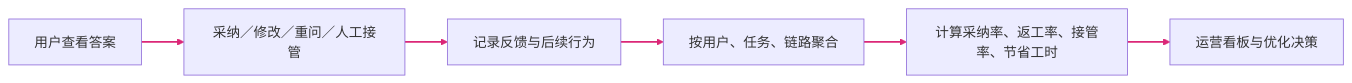
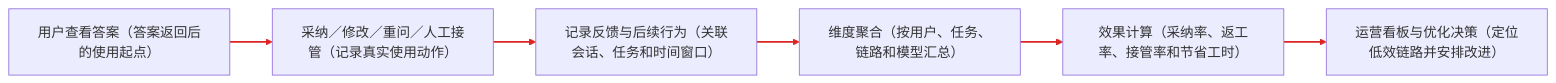
Before and after one commit to monstereatai/RAG: diagram 20 of 37 in docs/interview/功能步骤流程.md, drawn with Mermaid. The commit also changed other lines of this file and 21 other files, not shown here.

````diff
--- a/docs/interview/功能步骤流程.md
+++ b/docs/interview/功能步骤流程.md
@@ -1742,9 +2063,9 @@
 ```mermaid
 flowchart LR
-A[用户查看答案] --> B[采纳／修改／重问／人工接管]
-  B --> C[记录反馈与后续行为]
-  C --> D[按用户、任务、链路聚合]
-  D --> E[计算采纳率、返工率、接管率、节省工时]
-  E --> F[运营看板与优化决策]
-  linkStyle 0,1,2,3,4 stroke:#db2777,stroke-width:2px
+ A[用户查看答案（答案返回后的使用起点）] --> B[采纳／修改／重问／人工接管（记录真实使用动作）]
+  B --> C[记录反馈与后续行为（关联会话、任务和时间窗口）]
+  C --> D[维度聚合（按用户、任务、链路和模型汇总）]
+  D --> E[效果计算（采纳率、返工率、接管率和节省工时）]
+  E --> F[运营看板与优化决策（定位低效链路并安排改进）]
+  linkStyle 0,1,2,3,4 stroke:#dc2626,stroke-width:2px
 ```
````
